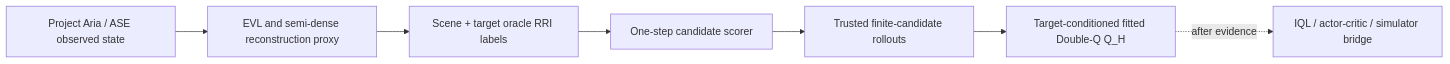
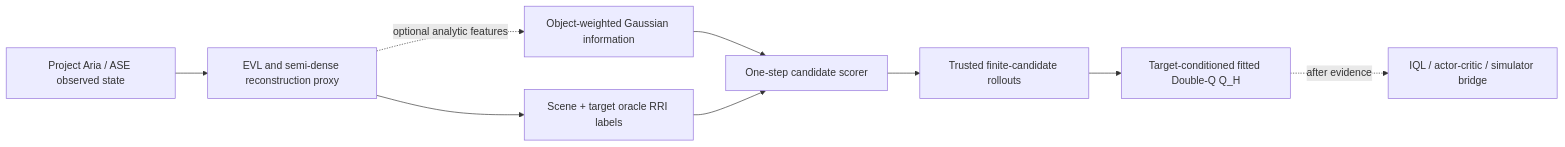
The diagram in docs/contents/literature/index.qmd (JanDuchscherer104/NBV), drawn with Mermaid before and after one commit. The commit also changed other lines of this file, not shown here.

````diff
--- a/docs/contents/literature/index.qmd
+++ b/docs/contents/literature/index.qmd
@@ -65,9 +66,11 @@
 ```{mermaid}
 flowchart LR
   A["Project Aria / ASE observed state"] --> B["EVL and semi-dense reconstruction proxy"]
   B --> C["Scene + target oracle RRI labels"]
-  C --> D["One-step candidate scorer"]
+  B -. "optional analytic features" .-> H["Object-weighted Gaussian information"]
+  H --> D["One-step candidate scorer"]
+  C --> D
   D --> E["Trusted finite-candidate rollouts"]
   E --> F["Target-conditioned fitted Double-Q Q_H"]
   F -. "after evidence" .-> G["IQL / actor-critic / simulator bridge"]
 ```
````
